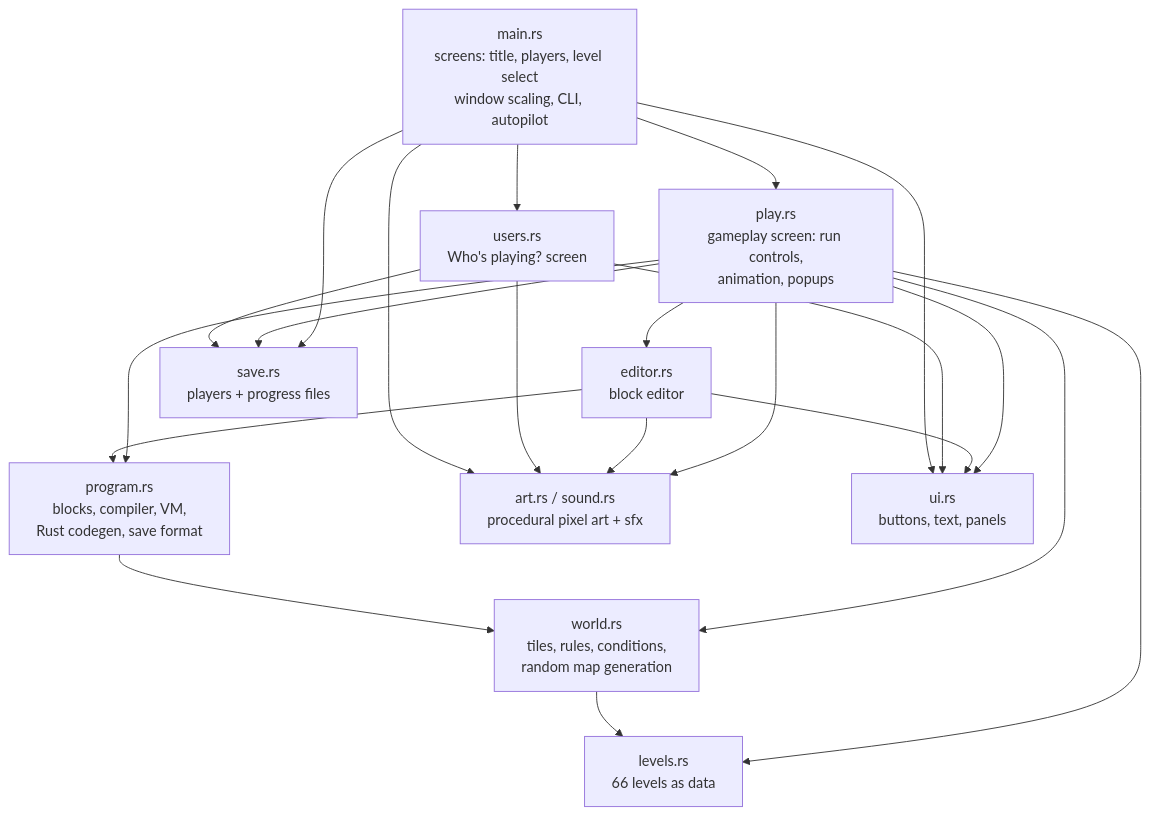
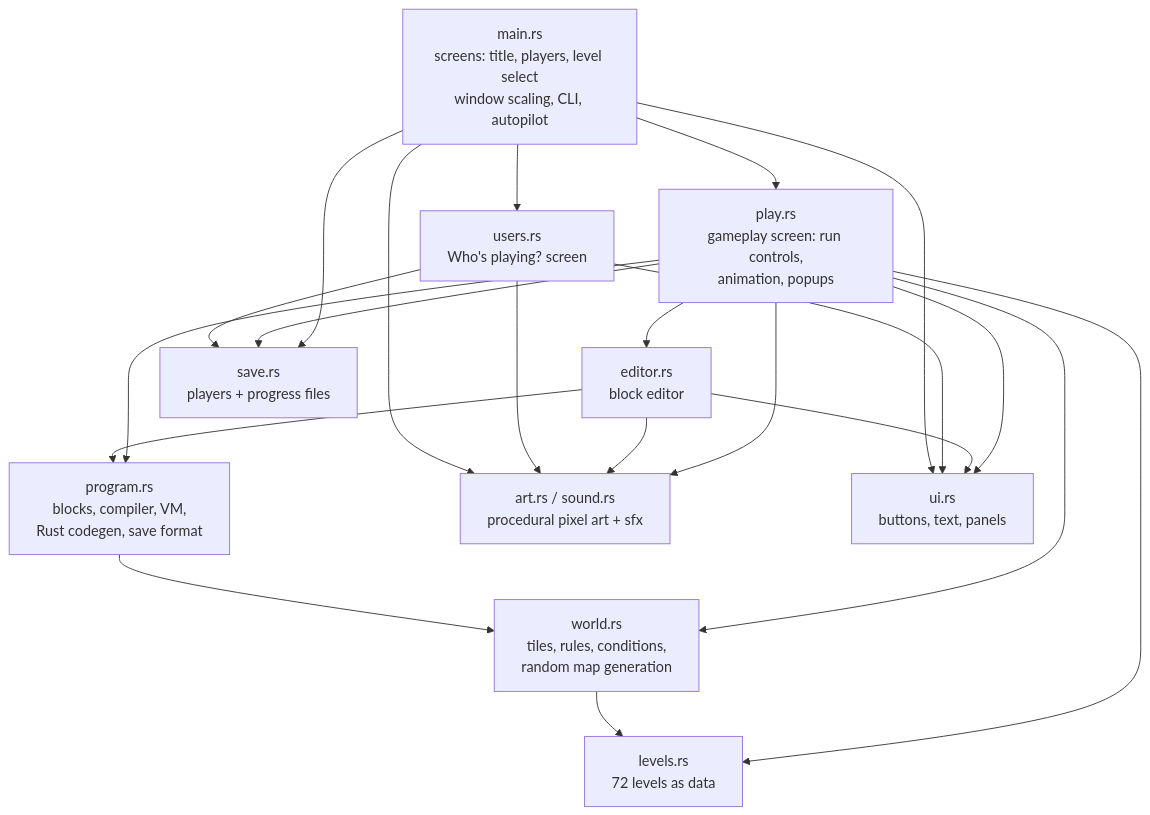
The diagram in docs/DESIGN.md (rpforonda/block-coders), drawn with Mermaid before and after one commit. The commit also changed other lines of this file and 4 other files, not shown here.

````diff
--- a/docs/DESIGN.md
+++ b/docs/DESIGN.md
@@ -68,21 +68,21 @@
 ```mermaid
 flowchart TD
     main["main.rs<br/>screens: title, players, level select<br/>window scaling, CLI, autopilot"]
     users["users.rs<br/>Who's playing? screen"]
     play["play.rs<br/>gameplay screen: run controls,<br/>animation, popups"]
     editor["editor.rs<br/>block editor"]
     program["program.rs<br/>blocks, compiler, VM,<br/>Rust codegen, save format"]
     world["world.rs<br/>tiles, rules, conditions,<br/>random map generation"]
-    levels["levels.rs<br/>66 levels as data"]
+    levels["levels.rs<br/>72 levels as data"]
     save["save.rs<br/>players + progress files"]
     art["art.rs / sound.rs<br/>procedural pixel art + sfx"]
     ui["ui.rs<br/>buttons, text, panels"]
 
     main --> users & play & save
     play --> editor & program & world & levels & save
     editor --> program
     program --> world
     world --> levels
     users --> save
     play & editor & users & main --> ui & art
 ```
````
